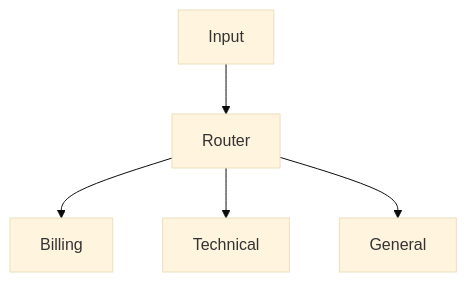
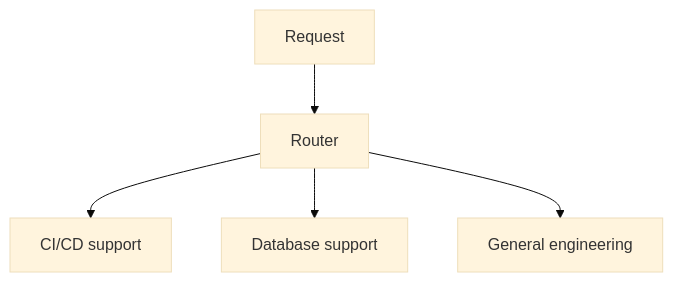
Before and after one commit to franciscogarcia-sys/guia-estudio-claude-ccar-f-bitlogic: the seventh of 12 diagrams in 02-agentic-architecture-foundations/README.md, drawn with Mermaid (base theme). The commit also changed other lines of this file, not shown here.

````diff
--- a/02-agentic-architecture-foundations/README.md
+++ b/02-agentic-architecture-foundations/README.md
@@ -524,7 +575,7 @@
 ```mermaid
 flowchart TD
-    A[Input] --> B[Router]
-    B --> C[Billing]
-    B --> D[Technical]
-    B --> E[General]
+    Q[Request] --> R[Router]
+    R --> A[CI/CD support]
+    R --> B[Database support]
+    R --> C[General engineering]
 ```
````
